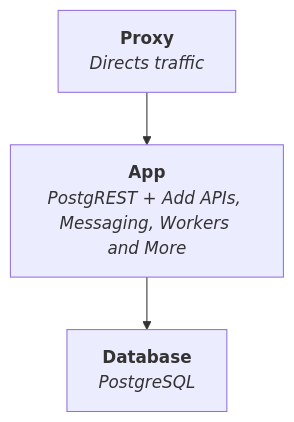
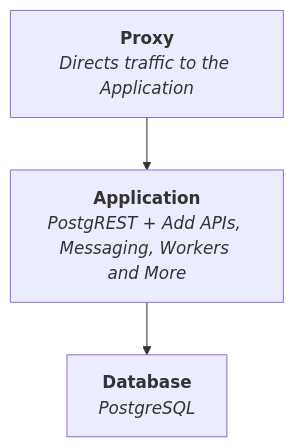
Before and after one commit to explodinglabs/superstack: the diagram in README.md, drawn with Mermaid.

Commit message:
Adjust readme

````diff
--- a/README.md
+++ b/README.md
@@ -15,6 +15,6 @@
 ```mermaid
 flowchart TD
-    Proxy["<b>Proxy</b><br><i>Directs traffic</i>"]
-    Proxy --> App["<b>App</b><br><i>PostgREST + Add APIs, Messaging, Workers and More</i>"]
+    Proxy["<b>Proxy</b><br><i>Directs traffic to the Application</i>"]
+    Proxy --> App["<b>Application</b><br><i>PostgREST + Add APIs, Messaging, Workers and More</i>"]
     App --> Database["<b>Database</b><br><i>PostgreSQL</i>"]
 ```
````
